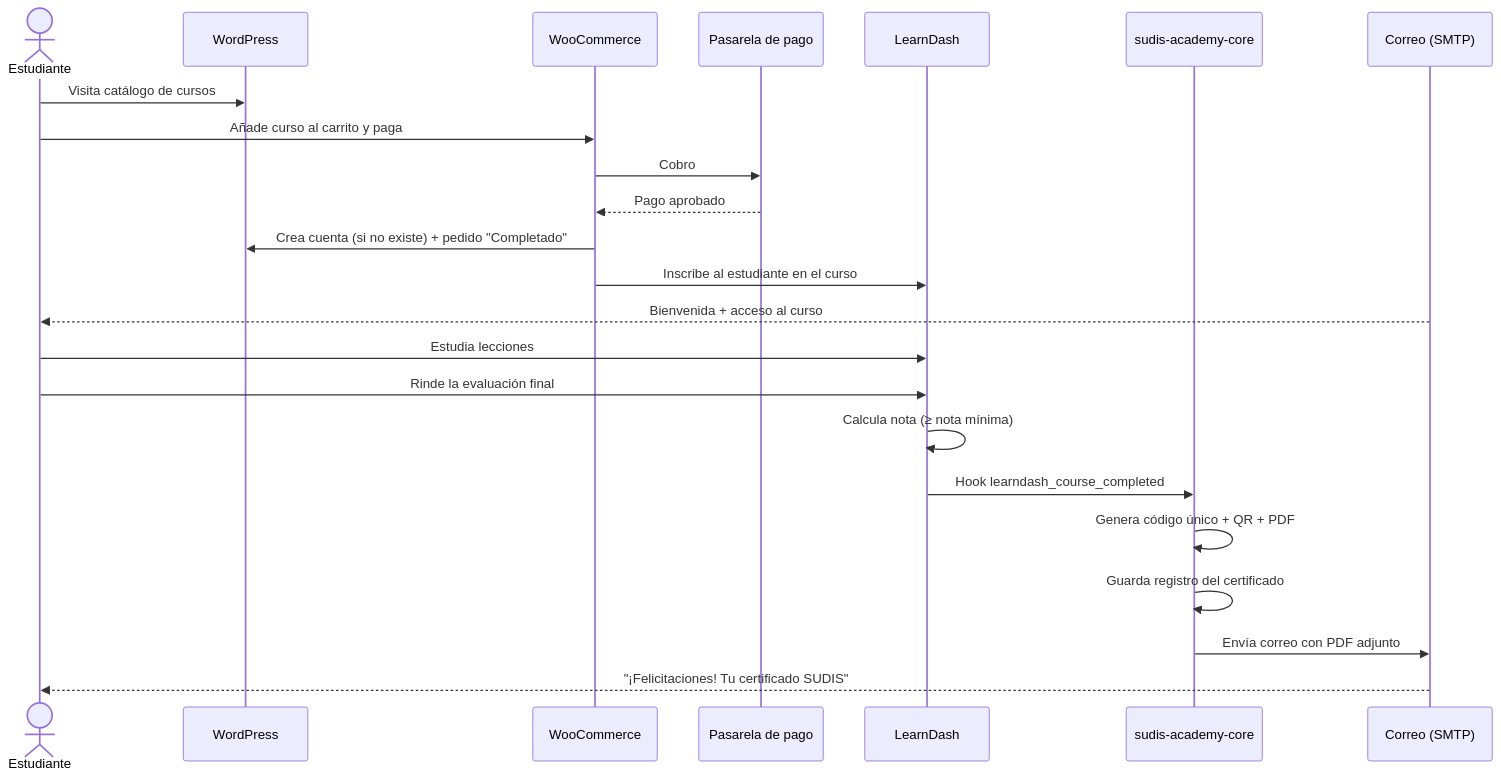
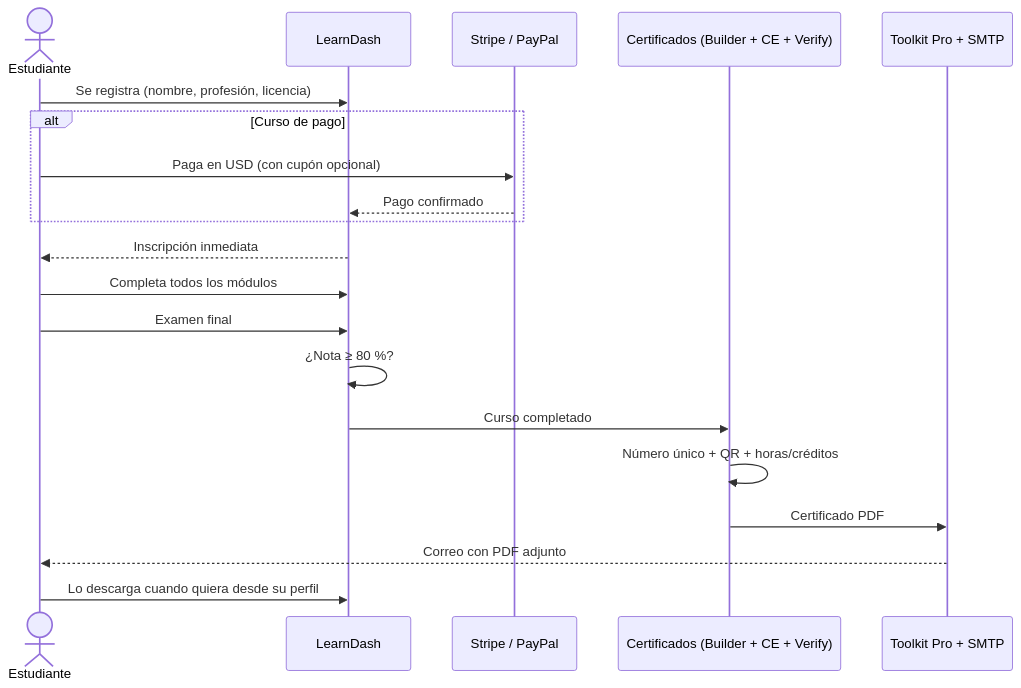
Before and after one commit to christianely467-png/Sudis-academy-: the second of 3 diagrams in docs/01-arquitectura.md, drawn with Mermaid. The commit also changed other lines of this file and 5 other files, not shown here.

````diff
--- a/docs/01-arquitectura.md
+++ b/docs/01-arquitectura.md
@@ -70,26 +101,23 @@
 ```mermaid
 sequenceDiagram
     actor E as Estudiante
-    participant WP as WordPress
-    participant WC as WooCommerce
-    participant P as Pasarela de pago
     participant LD as LearnDash
-    participant C as sudis-academy-core
-    participant M as Correo (SMTP)
+    participant S as Stripe / PayPal
+    participant C as Certificados (Builder + CE + Verify)
+    participant T as Toolkit Pro + SMTP
 
-    E->>WP: Visita catálogo de cursos
-    E->>WC: Añade curso al carrito y paga
-    WC->>P: Cobro
-    P-->>WC: Pago aprobado
-    WC->>WP: Crea cuenta (si no existe) + pedido "Completado"
-    WC->>LD: Inscribe al estudiante en el curso
-    M-->>E: Bienvenida + acceso al curso
-    E->>LD: Estudia lecciones
-    E->>LD: Rinde la evaluación final
-    LD->>LD: Calcula nota (≥ nota mínima)
-    LD->>C: Hook learndash_course_completed
-    C->>C: Genera código único + QR + PDF
-    C->>C: Guarda registro del certificado
-    C->>M: Envía correo con PDF adjunto
-    M-->>E: "¡Felicitaciones! Tu certificado SUDIS"
+    E->>LD: Se registra (nombre, profesión, licencia)
+    alt Curso de pago
+        E->>S: Paga en USD (con cupón opcional)
+        S-->>LD: Pago confirmado
+    end
+    LD-->>E: Inscripción inmediata
+    E->>LD: Completa todos los módulos
+    E->>LD: Examen final
+    LD->>LD: ¿Nota ≥ 80 %?
+    LD->>C: Curso completado
+    C->>C: Número único + QR + horas/créditos
+    C->>T: Certificado PDF
+    T-->>E: Correo con PDF adjunto
+    E->>LD: Lo descarga cuando quiera desde su perfil
 ```
````
